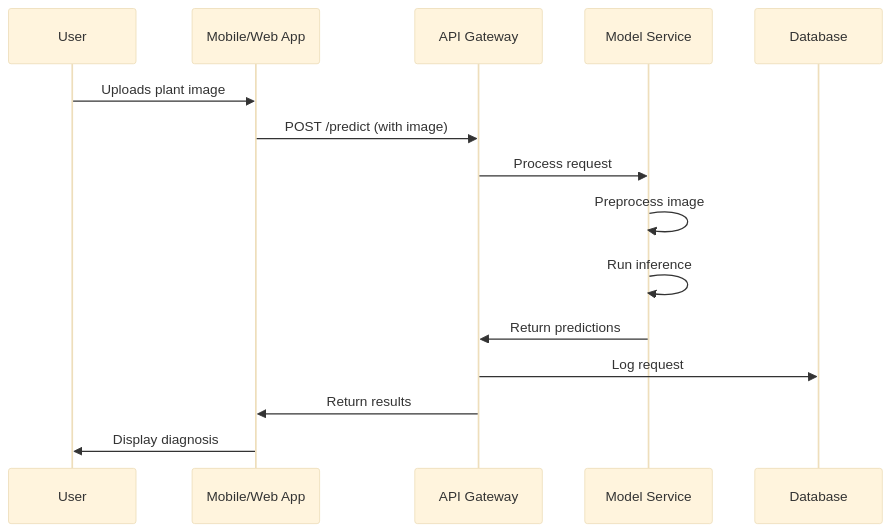
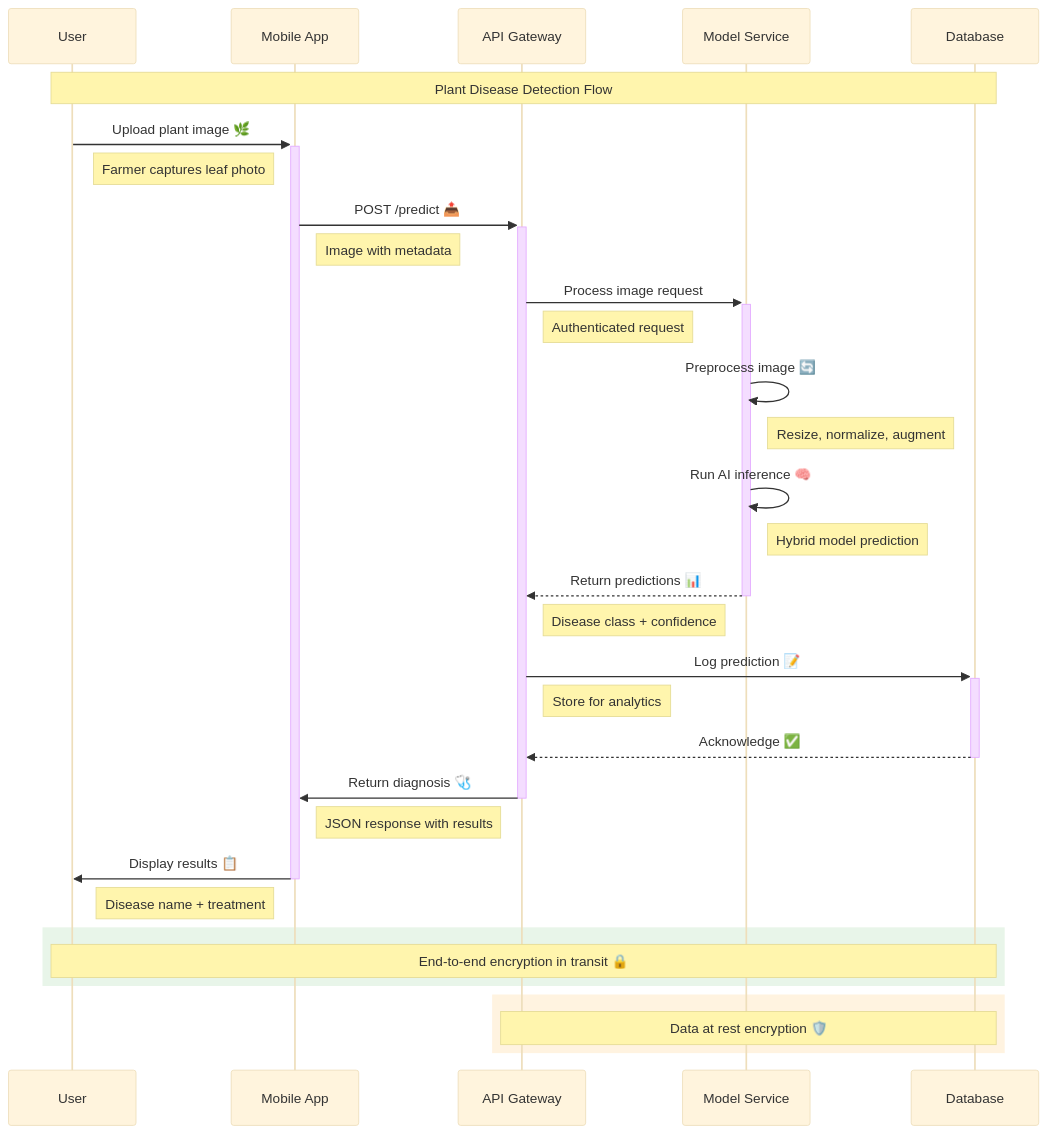
Before and after one commit to VIKAS9793/Krishisahayak-2.0: the second of 14 diagrams in docs/ARCHITECTURE.md, drawn with Mermaid (base theme). The commit also changed other lines of this file and 1 other file, not shown here.

First line of the commit message:
docs: Add comprehensive ARCHITECTURE.md and MODEL_CARD.md

````diff
--- a/docs/ARCHITECTURE.md
+++ b/docs/ARCHITECTURE.md
@@ -68,18 +88,47 @@
 ```mermaid
 sequenceDiagram
-    participant User
-    participant App as Mobile/Web App
-    participant API as API Gateway
-    participant Model as Model Service
-    participant DB as Database
+    participant 👤 as User
+    participant 📱 as Mobile App
+    participant 🚪 as API Gateway
+    participant 🤖 as Model Service
+    participant 💾 as Database
     
-    User->>App: Uploads plant image
-    App->>API: POST /predict (with image)
-    API->>Model: Process request
-    Model->>Model: Preprocess image
-    Model->>Model: Run inference
-    Model->>API: Return predictions
-    API->>DB: Log request
-    API->>App: Return results
-    App->>User: Display diagnosis
+    Note over 👤,💾: Plant Disease Detection Flow
+    
+    👤->>+📱: Upload plant image 🌿
+    Note right of 👤: Farmer captures leaf photo
+    
+    📱->>+🚪: POST /predict 📤
+    Note right of 📱: Image with metadata
+    
+    🚪->>+🤖: Process image request
+    Note right of 🚪: Authenticated request
+    
+    🤖->>🤖: Preprocess image 🔄
+    Note right of 🤖: Resize, normalize, augment
+    
+    🤖->>🤖: Run AI inference 🧠
+    Note right of 🤖: Hybrid model prediction
+    
+    🤖-->>-🚪: Return predictions 📊
+    Note left of 🤖: Disease class + confidence
+    
+    🚪->>+💾: Log prediction 📝
+    Note right of 🚪: Store for analytics
+    
+    💾-->>-🚪: Acknowledge ✅
+    
+    🚪->>-📱: Return diagnosis 🩺
+    Note left of 🚪: JSON response with results
+    
+    📱->>-👤: Display results 📋
+    Note left of 📱: Disease name + treatment
+    
+    rect rgb(232, 245, 233)
+        Note over 👤,💾: End-to-end encryption in transit 🔒
+    end
+    
+    rect rgb(255, 243, 224)
+        Note over 🚪,💾: Data at rest encryption 🛡️
+    end
 ```
````
